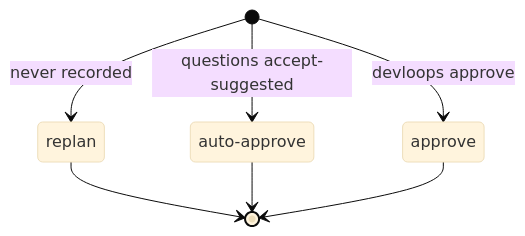
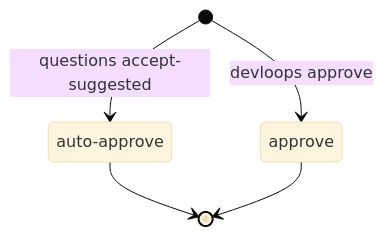
The sixth of 6 diagrams in docs/how-it-works/statuses.md (youssef7ussien/claude-devloops), drawn with Mermaid (base theme) before and after one commit. The commit also changed other lines of this file and 17 other files, not shown here.

````diff
--- a/docs/how-it-works/statuses.md
+++ b/docs/how-it-works/statuses.md
@@ -208,10 +208,8 @@
 ```mermaid
 stateDiagram-v2
   state "auto-approve" as auto
   [*] --> auto: questions accept-suggested
   [*] --> approve: devloops approve
-  [*] --> replan: never recorded
-  replan --> [*]
   auto --> [*]
   approve --> [*]
 ```
````
